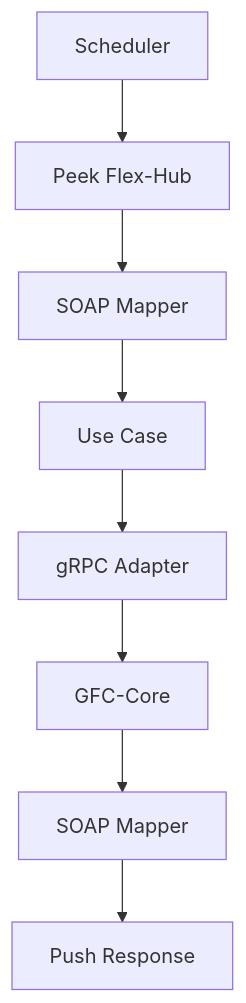
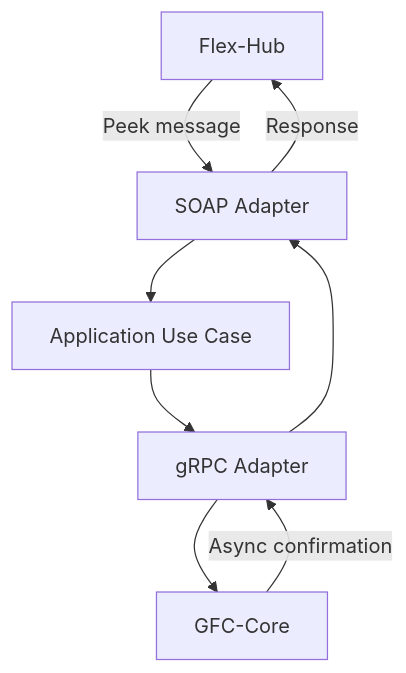
One commit to sbhrwl/microservices changed the fourth of 5 diagrams in app/fhc/README.md. Above: the diagram before and after it, drawn with Mermaid. The commit also changed other lines of this file, not shown here.

First line of the commit message:
Revise message flow and processing lifecycle sections

````diff
--- a/app/fhc/README.md
+++ b/app/fhc/README.md
@@ -203,19 +201,16 @@
 ```mermaid
 flowchart TD
-    A[Scheduler]
-    B[Peek Flex-Hub]
-    C[SOAP Mapper]
-    D[Use Case]
-    E[gRPC Adapter]
-    F[GFC-Core]
-    G[SOAP Mapper]
-    H[Push Response]
+    A[Flex-Hub]
+    B[SOAP Adapter]
+    C[Application Use Case]
+    D[gRPC Adapter]
+    E[GFC-Core]
 
-    A --> B
+    A -->|Peek message| B
     B --> C
     C --> D
     D --> E
-    E --> F
-    F --> G
-    G --> H
+    E -->|Async confirmation| D
+    D --> B
+    B -->|Response| A
 ```
````
